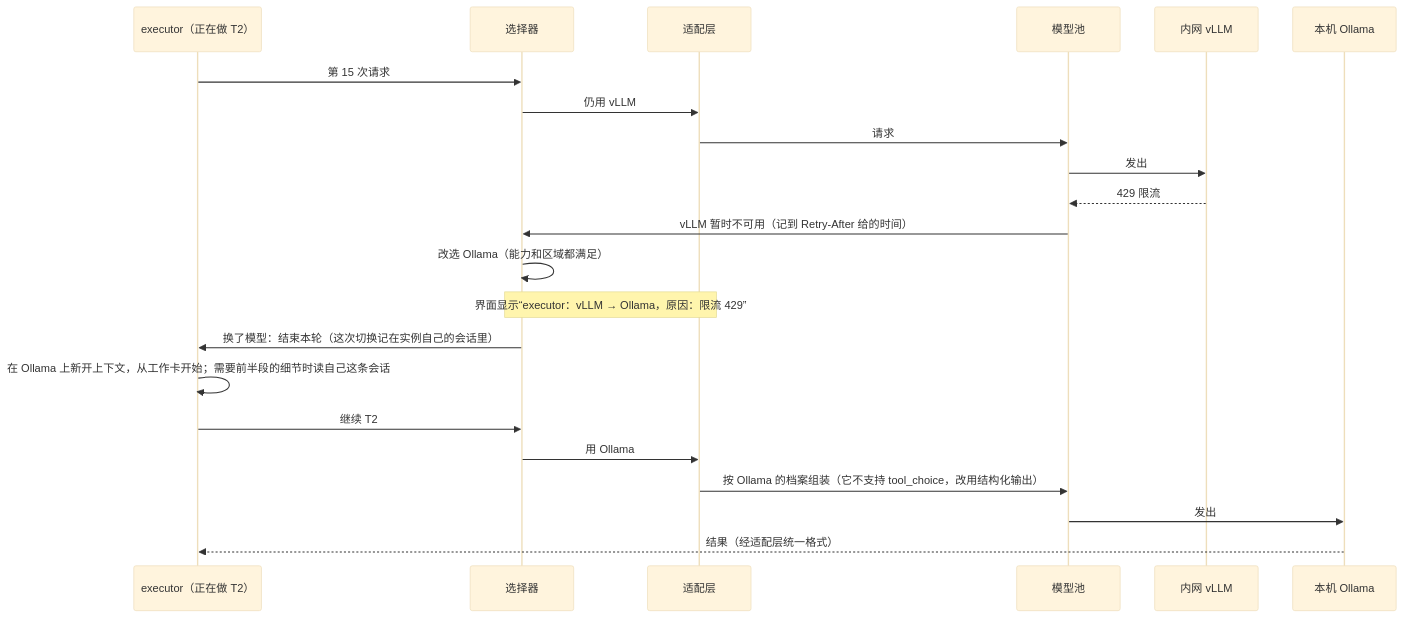
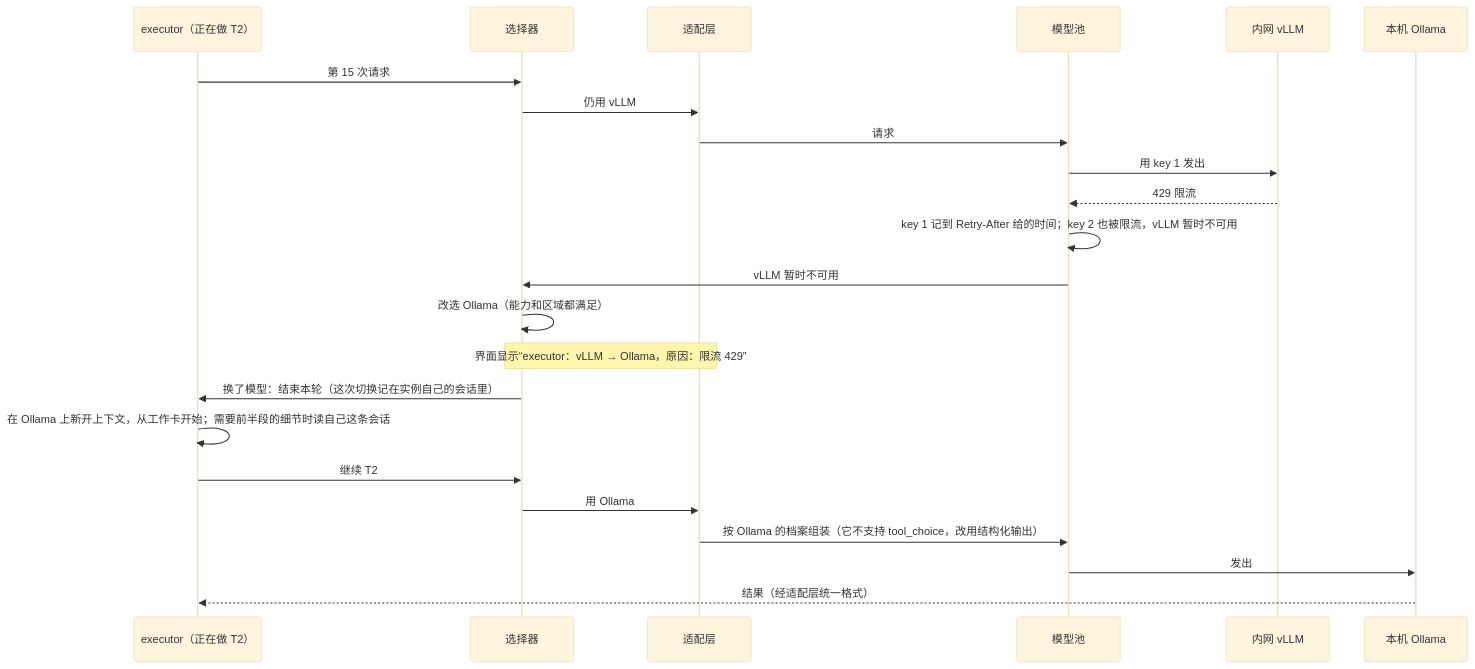
One commit to HoldThatThgt/mori changed the third of 5 diagrams in docs/proposals/model-providers.md. Above: the diagram before and after it, drawn with Mermaid (base theme). The commit also changed other lines of this file and 163 other files, not shown here.

````diff
--- a/docs/proposals/model-providers.md
+++ b/docs/proposals/model-providers.md
@@ -143,24 +158,25 @@
 ```mermaid
 sequenceDiagram
     participant A as executor（正在做 T2）
     participant S as 选择器
     participant D as 适配层
     participant P as 模型池
     participant V as 内网 vLLM
     participant O as 本机 Ollama
     A->>S: 第 15 次请求
     S->>D: 仍用 vLLM
     D->>P: 请求
-    P->>V: 发出
+    P->>V: 用 key 1 发出
     V-->>P: 429 限流
-    P->>S: vLLM 暂时不可用（记到 Retry-After 给的时间）
+    P->>P: key 1 记到 Retry-After 给的时间；key 2 也被限流，vLLM 暂时不可用
+    P->>S: vLLM 暂时不可用
     S->>S: 改选 Ollama（能力和区域都满足）
     Note over S,D: 界面显示“executor：vLLM → Ollama，原因：限流 429”
     S->>A: 换了模型：结束本轮（这次切换记在实例自己的会话里）
     A->>A: 在 Ollama 上新开上下文，从工作卡开始；需要前半段的细节时读自己这条会话
     A->>S: 继续 T2
     S->>D: 用 Ollama
     D->>P: 按 Ollama 的档案组装（它不支持 tool_choice，改用结构化输出）
     P->>O: 发出
     O-->>A: 结果（经适配层统一格式）
 ```
````
